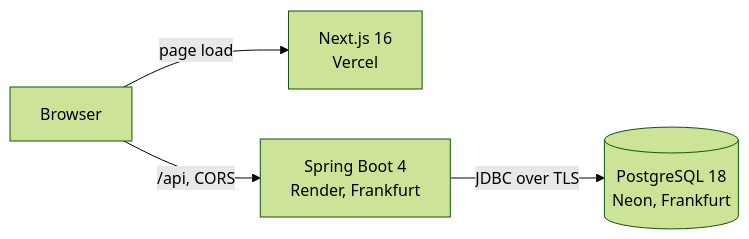
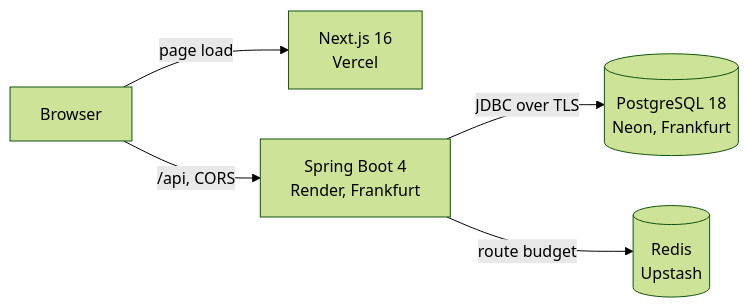
One commit to Mohitvasnani/ScreenBook changed the third of 3 diagrams in README.md. Above: the diagram before and after it, drawn with Mermaid (forest theme). The commit also changed other lines of this file and 2 other files, not shown here.

````diff
--- a/README.md
+++ b/README.md
@@ -348,11 +348,13 @@
 ```mermaid
 flowchart LR
     U["Browser"]
     V["Next.js 16<br/>Vercel"]
     A["Spring Boot 4<br/>Render, Frankfurt"]
     N[("PostgreSQL 18<br/>Neon, Frankfurt")]
+    R[("Redis<br/>Upstash")]
 
     U -->|"page load"| V
     U -->|"/api, CORS"| A
     A -->|"JDBC over TLS"| N
+    A -->|"route budget"| R
 ```
````
